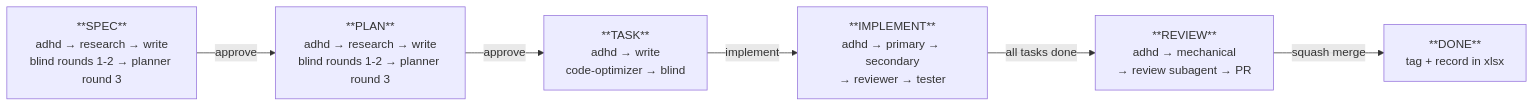
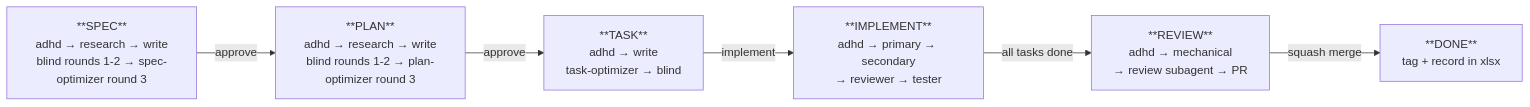
Before and after one commit to bperin/project-context: the second of 4 diagrams in README.md, drawn with Mermaid. The commit also changed other lines of this file and 21 other files, not shown here.

First line of the commit message:
Split optimizer roles into spec, plan, and task profiles

````diff
--- a/README.md
+++ b/README.md
@@ -82,14 +82,14 @@
 ```mermaid
 graph LR
-    SPEC["**SPEC**<br/>adhd → research → write<br/>blind rounds 1-2 → planner round 3"]
-    PLAN["**PLAN**<br/>adhd → research → write<br/>blind rounds 1-2 → planner round 3"]
-    TASK["**TASK**<br/>adhd → write<br/>code-optimizer → blind"]
+    SPEC["**SPEC**<br/>adhd → research → write<br/>blind rounds 1-2 → spec-optimizer round 3"]
+    PLAN["**PLAN**<br/>adhd → research → write<br/>blind rounds 1-2 → plan-optimizer round 3"]
+    TASK["**TASK**<br/>adhd → write<br/>task-optimizer → blind"]
     IMPL["**IMPLEMENT**<br/>adhd → primary → secondary<br/>→ reviewer → tester"]
     REVIEW["**REVIEW**<br/>adhd → mechanical<br/>→ review subagent → PR"]
 
     SPEC -->|approve| PLAN
     PLAN -->|approve| TASK
     TASK -->|implement| IMPL
     IMPL -->|all tasks done| REVIEW
     REVIEW -->|squash merge| DONE["**DONE**<br/>tag + record in xlsx"]
 ```
````
